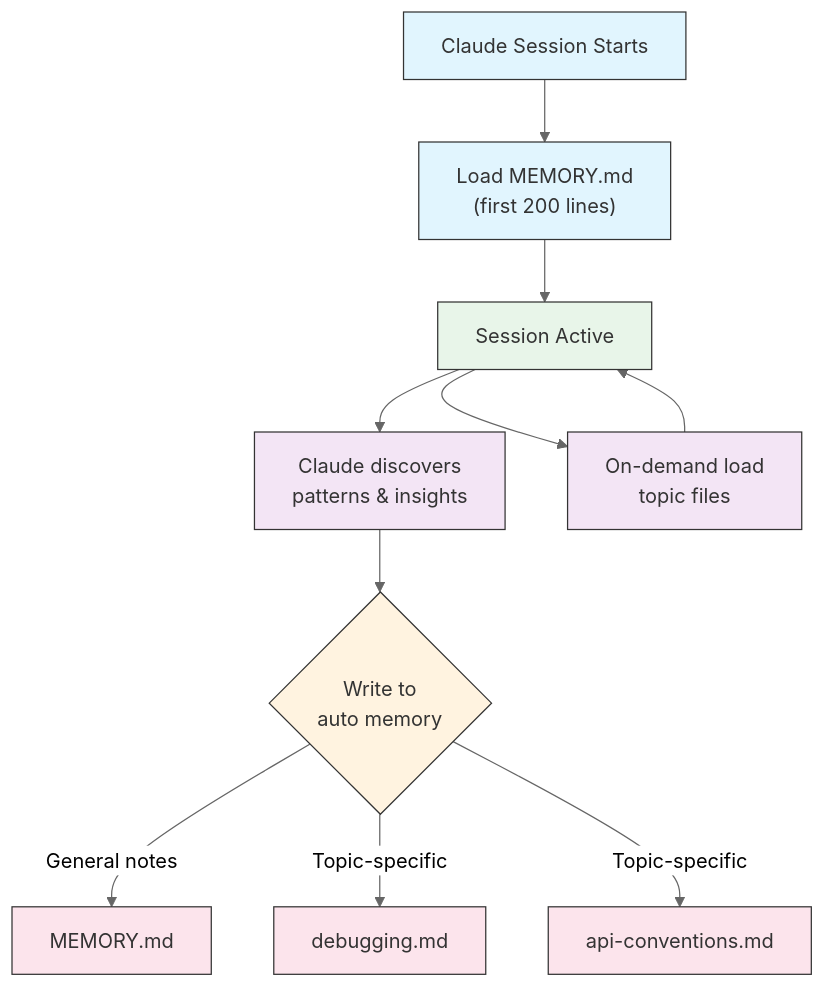
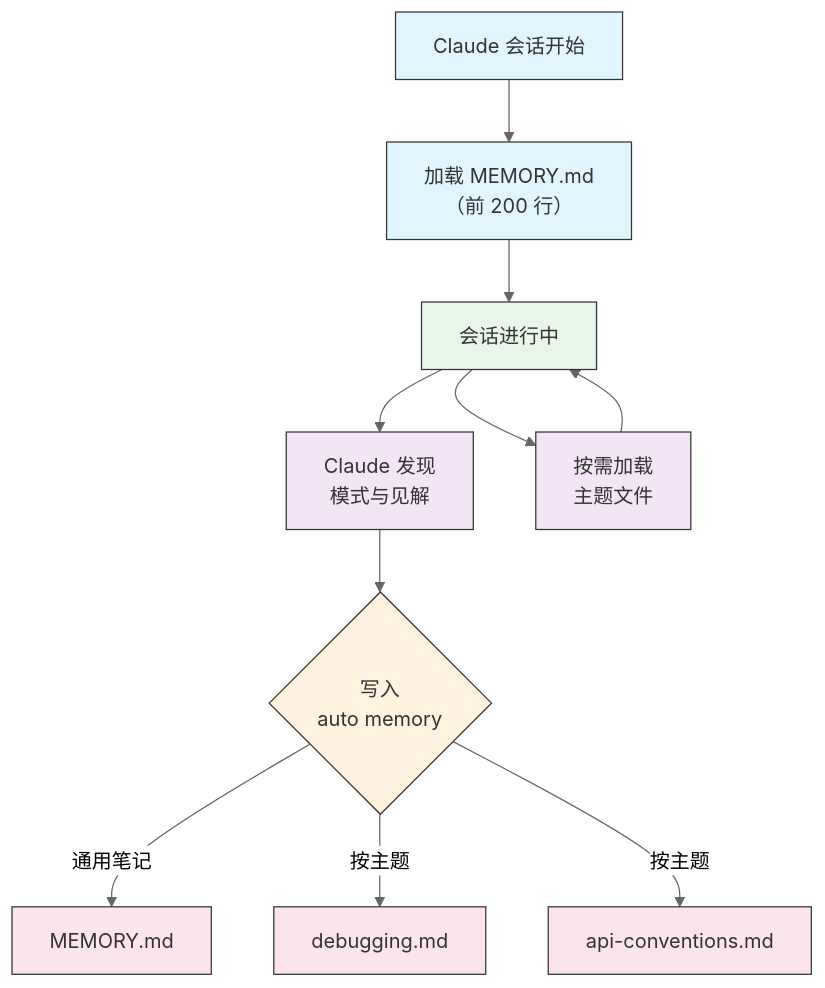
One commit to wgqi1126/claude-howto-zh-cn changed the third of 4 diagrams in 02-memory/README.md. Above: the diagram before and after it, drawn with Mermaid (neutral theme). The commit also changed other lines of this file and 58 other files, not shown here.

````diff
--- a/02-memory/README.md
+++ b/02-memory/README.md
@@ -440,22 +440,22 @@
 ```mermaid
 graph TD
-    A["Claude Session Starts"] --> B["Load MEMORY.md<br/>(first 200 lines)"]
-    B --> C["Session Active"]
-    C --> D["Claude discovers<br/>patterns & insights"]
-    D --> E{"Write to<br/>auto memory"}
-    E -->|General notes| F["MEMORY.md"]
-    E -->|Topic-specific| G["debugging.md"]
-    E -->|Topic-specific| H["api-conventions.md"]
-    C --> I["On-demand load<br/>topic files"]
+    A["Claude 会话开始"] --> B["加载 MEMORY.md<br/>（前 200 行）"]
+    B --> C["会话进行中"]
+    C --> D["Claude 发现<br/>模式与见解"]
+    D --> E{"写入<br/>auto memory"}
+    E -->|通用笔记| F["MEMORY.md"]
+    E -->|按主题| G["debugging.md"]
+    E -->|按主题| H["api-conventions.md"]
+    C --> I["按需加载<br/>主题文件"]
     I --> C
 
     style A fill:#e1f5fe,stroke:#333,color:#333
     style B fill:#e1f5fe,stroke:#333,color:#333
     style C fill:#e8f5e9,stroke:#333,color:#333
     style D fill:#f3e5f5,stroke:#333,color:#333
     style E fill:#fff3e0,stroke:#333,color:#333
     style F fill:#fce4ec,stroke:#333,color:#333
     style G fill:#fce4ec,stroke:#333,color:#333
     style H fill:#fce4ec,stroke:#333,color:#333
     style I fill:#f3e5f5,stroke:#333,color:#333
 ```
````
